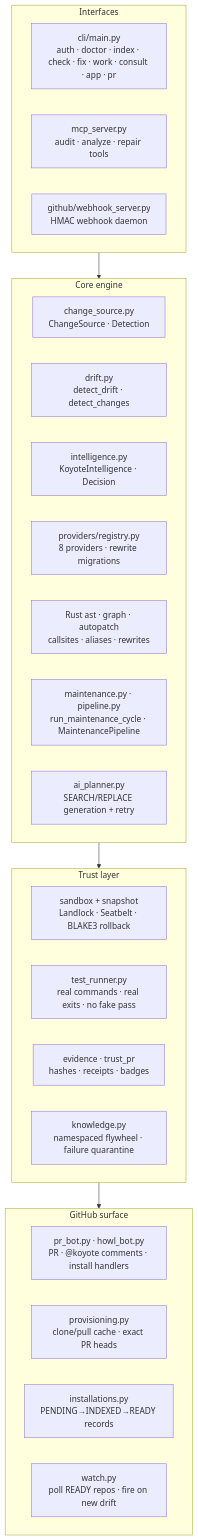
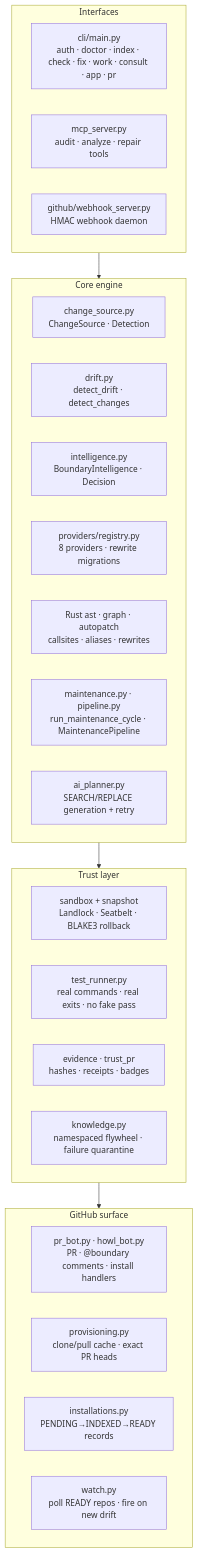
One commit to Devaretanmay/Bergendy changed the third of 3 diagrams in docs/SYSTEM_MAP.md. Above: the diagram before and after it, drawn with Mermaid. The commit also changed other lines of this file and 233 other files, not shown here.

Commit message:
rename koyote->boundary (package, cli, cargo, docs)

````diff
--- a/docs/SYSTEM_MAP.md
+++ b/docs/SYSTEM_MAP.md
@@ -34,30 +34,30 @@
 ```mermaid
 flowchart TD
     subgraph IN["Interfaces"]
         CLI["cli/main.py<br/>auth · doctor · index · check · fix · work · consult · app · pr"]
         MCP["mcp_server.py<br/>audit · analyze · repair tools"]
         WH["github/webhook_server.py<br/>HMAC webhook daemon"]
     end
     subgraph CORE["Core engine"]
         CS["change_source.py<br/>ChangeSource · Detection"]
         DRIFT["drift.py<br/>detect_drift · detect_changes"]
-        INTEL["intelligence.py<br/>KoyoteIntelligence · Decision"]
+        INTEL["intelligence.py<br/>BoundaryIntelligence · Decision"]
         REG["providers/registry.py<br/>8 providers · rewrite migrations"]
         AST["Rust ast · graph · autopatch<br/>callsites · aliases · rewrites"]
         PLAN["maintenance.py · pipeline.py<br/>run_maintenance_cycle · MaintenancePipeline"]
         AIplan["ai_planner.py<br/>SEARCH/REPLACE generation + retry"]
     end
     subgraph TRUST["Trust layer"]
         SB["sandbox + snapshot<br/>Landlock · Seatbelt · BLAKE3 rollback"]
         TR["test_runner.py<br/>real commands · real exits · no fake pass"]
         EV2["evidence · trust_pr<br/>hashes · receipts · badges"]
         KB["knowledge.py<br/>namespaced flywheel · failure quarantine"]
     end
     subgraph GH["GitHub surface"]
-        BOT["pr_bot.py · howl_bot.py<br/>PR · @koyote comments · install handlers"]
+        BOT["pr_bot.py · howl_bot.py<br/>PR · @boundary comments · install handlers"]
         PROV["provisioning.py<br/>clone/pull cache · exact PR heads"]
         INST["installations.py<br/>PENDING→INDEXED→READY records"]
         WATCH["watch.py<br/>poll READY repos · fire on new drift"]
     end
     IN --> CORE --> TRUST --> GH
 ```
````
